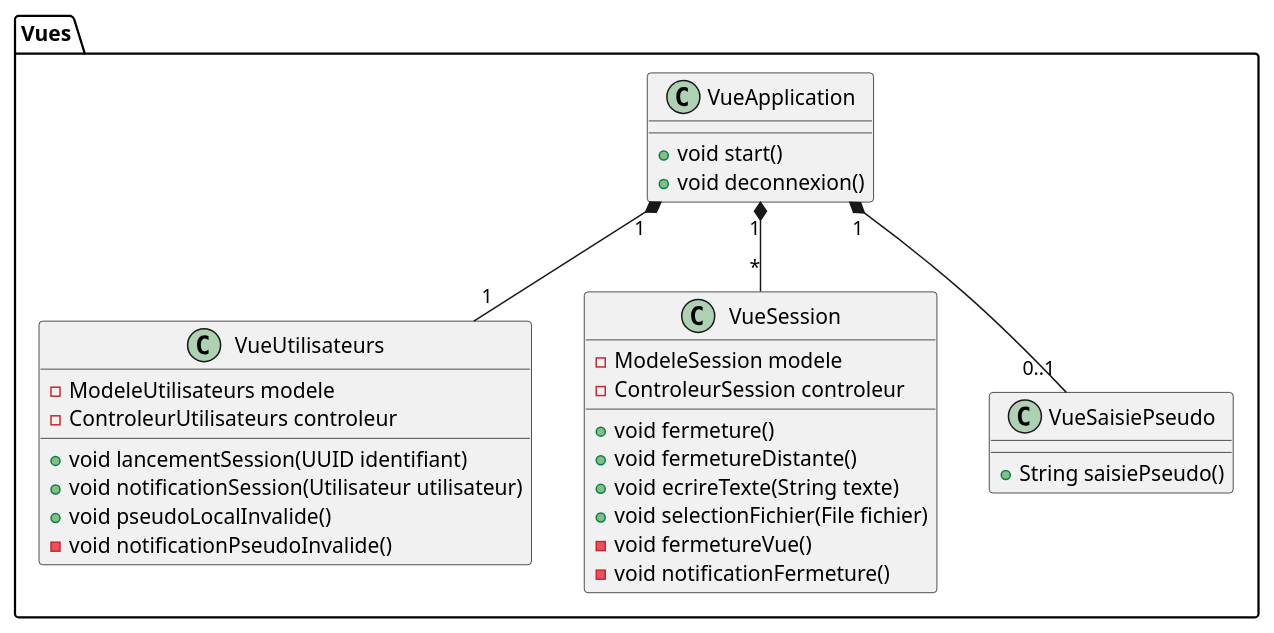
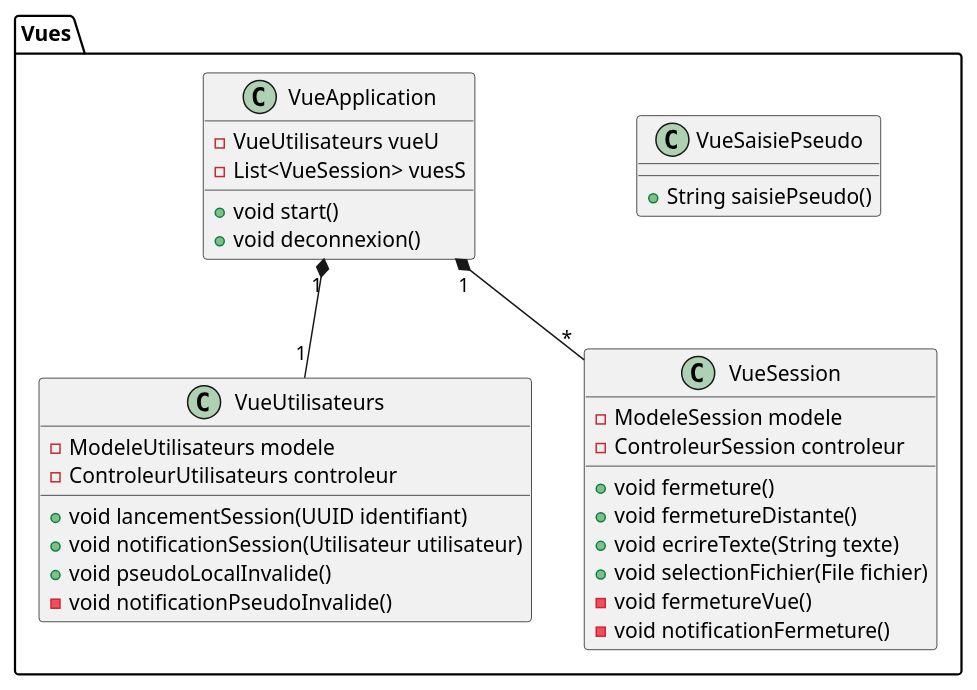
Before and after one commit to arc-hugo/clavardage_uml: the diagram in classe/vues.wsd, drawn with PlantUML. The commit also changed 1 other file, not shown here.

```diff
--- a/classe/vues.wsd
+++ b/classe/vues.wsd
@@ -1,33 +1,34 @@
 @startuml vues
 package "Vues" {   
     class VueUtilisateurs { 
         - ModeleUtilisateurs modele        
         - ControleurUtilisateurs controleur
         + void lancementSession(UUID identifiant)
         + void notificationSession(Utilisateur utilisateur)
         + void pseudoLocalInvalide()
         - void notificationPseudoInvalide()
      }    
      class VueSession {      
         - ModeleSession modele        
         - ControleurSession controleur
         + void fermeture()        
         + void fermetureDistante()
         + void ecrireTexte(String texte)        
         + void selectionFichier(File fichier)   
         - void fermetureVue()
         - void notificationFermeture()
     }    
     class VueSaisiePseudo {
         + String saisiePseudo()
-    } 
-    class VueApplication {     
+    }
+    class VueApplication {
+        - VueUtilisateurs vueU
+        - List<VueSession> vuesS
         + void start()
         + void deconnexion()
     }    
     
     VueApplication "1" *-- "1"  VueUtilisateurs
     VueApplication "1" *-- "*"  VueSession   
-     VueApplication "1" *-- "0..1" VueSaisiePseudo 
 }
 @enduml
```
